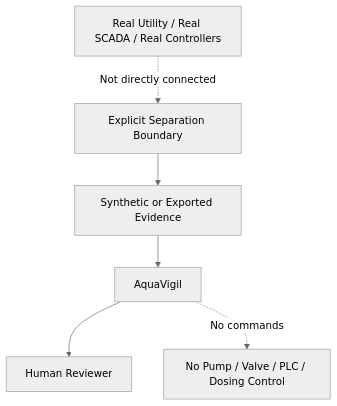
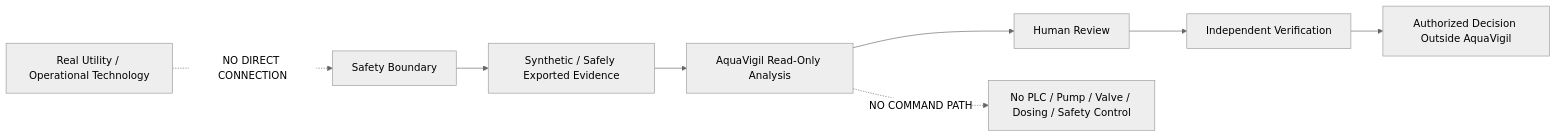
One commit to HaziqBinAfzal/AquaVigil changed the eighth of 8 diagrams in README.md. Above: the diagram before and after it, drawn with Mermaid (neutral theme). The commit also changed other lines of this file, not shown here.

````diff
--- a/README.md
+++ b/README.md
@@ -360,14 +395,13 @@
 ```mermaid
-flowchart TB
-    REAL[Real Utility / Real SCADA / Real Controllers]
-    SEP[Explicit Separation Boundary]
-    SYN[Synthetic or Exported Evidence]
-    AV[AquaVigil]
-    HUMAN[Human Reviewer]
+flowchart LR
+    A["Real Utility / Operational Technology"] -. "NO DIRECT CONNECTION" .-> B["Safety Boundary"]
 
-    REAL -. Not directly connected .-> SEP
-    SEP --> SYN
-    SYN --> AV
-    AV --> HUMAN
-    AV -. No commands .-> BLOCK[No Pump / Valve / PLC / Dosing Control]
+    B --> C["Synthetic / Safely Exported Evidence"]
+    C --> D["AquaVigil Read-Only Analysis"]
+
+    D --> E["Human Review"]
+    E --> F["Independent Verification"]
+    F --> G["Authorized Decision Outside AquaVigil"]
+
+    D -. "NO COMMAND PATH" .-> H["No PLC / Pump / Valve / Dosing / Safety Control"]
 ```
````
